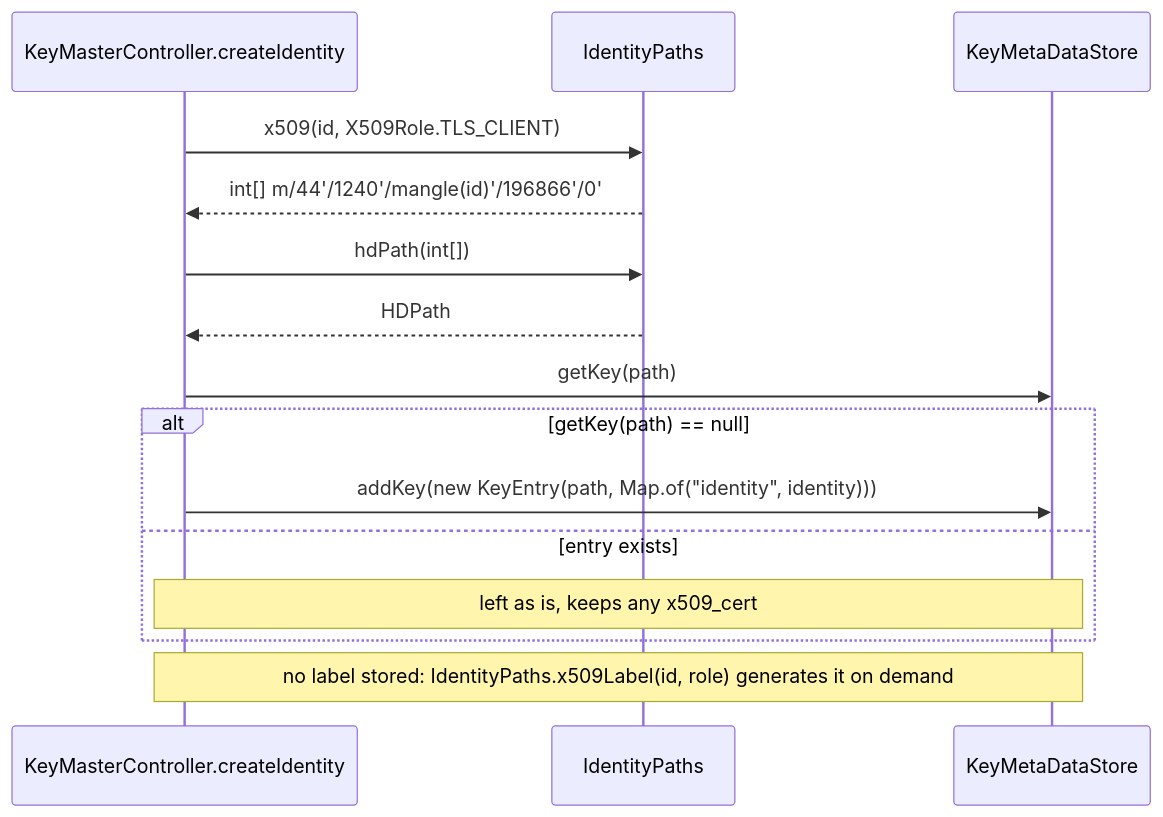
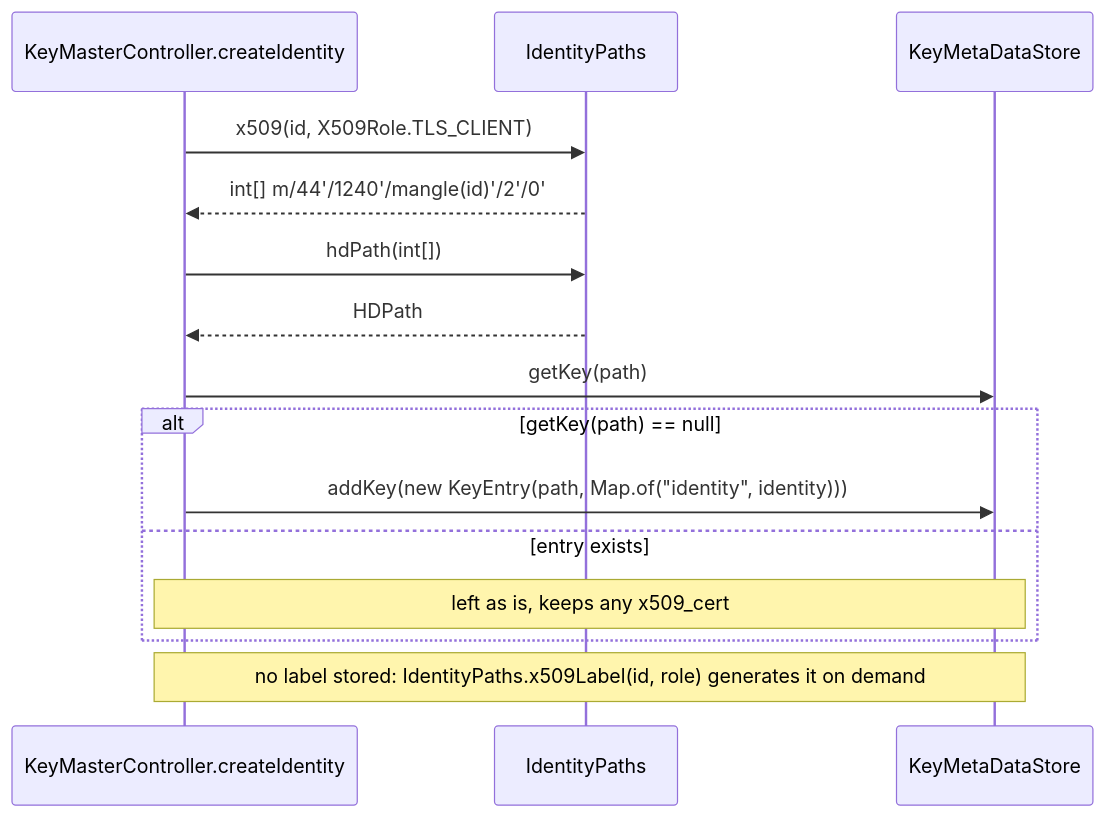
The second of 5 diagrams in doc/X509.md (DarkWebDivingClub/keymaster), drawn with Mermaid before and after one commit. The commit also changed other lines of this file and 3 other files, not shown here.

Commit message:
Docs: keys in 0.9.0 (SSH, GPG, X.509 SLIP-10 paths and roles); KeyExporter retired in ARCHITECTURE.md (missions 48.3, 48.4)

````diff
--- a/doc/X509.md
+++ b/doc/X509.md
@@ -184,17 +195,17 @@
 ```mermaid
 sequenceDiagram
     participant C as KeyMasterController.createIdentity
     participant P as IdentityPaths
     participant S as KeyMetaDataStore
     C->>P: x509(id, X509Role.TLS_CLIENT)
-    P-->>C: int[] m/44'/1240'/mangle(id)'/196866'/0'
+    P-->>C: int[] m/44'/1240'/mangle(id)'/2'/0'
     C->>P: hdPath(int[])
     P-->>C: HDPath
     C->>S: getKey(path)
     alt getKey(path) == null
         C->>S: addKey(new KeyEntry(path, Map.of("identity", identity)))
     else entry exists
         Note over C,S: left as is, keeps any x509_cert
     end
     Note over C,S: no label stored: IdentityPaths.x509Label(id, role) generates it on demand
 ```
````
